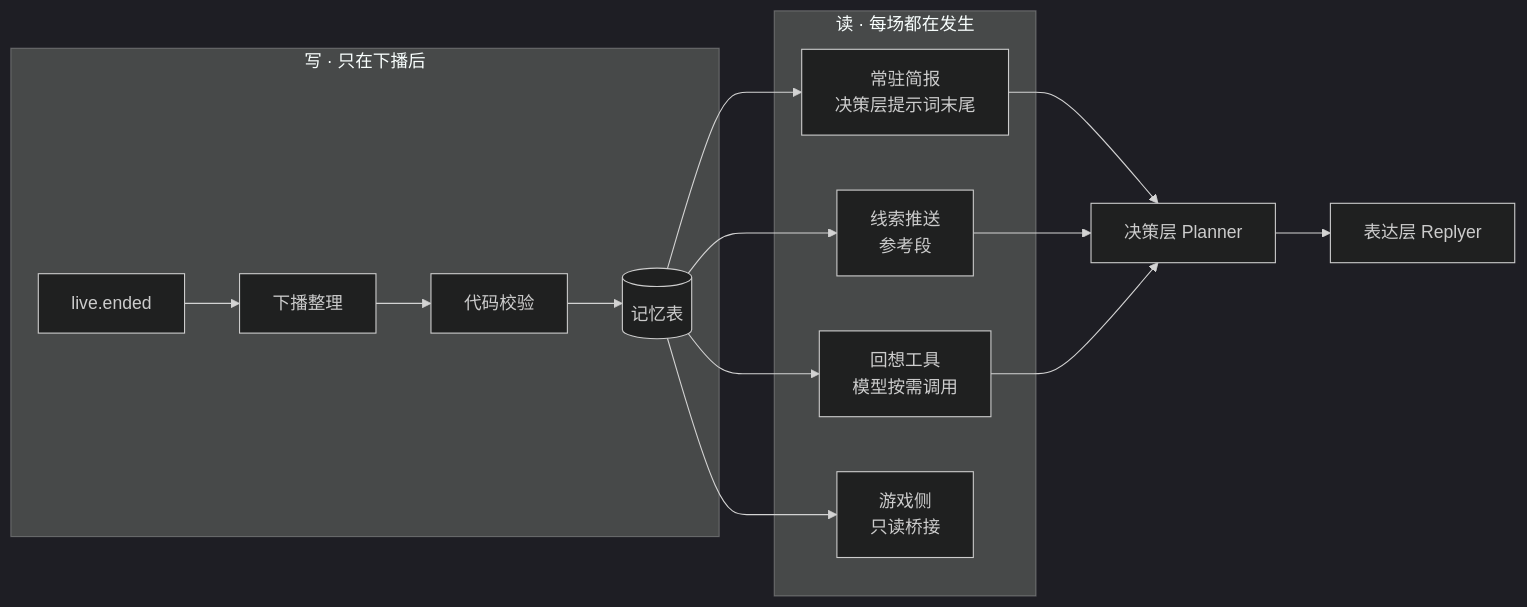
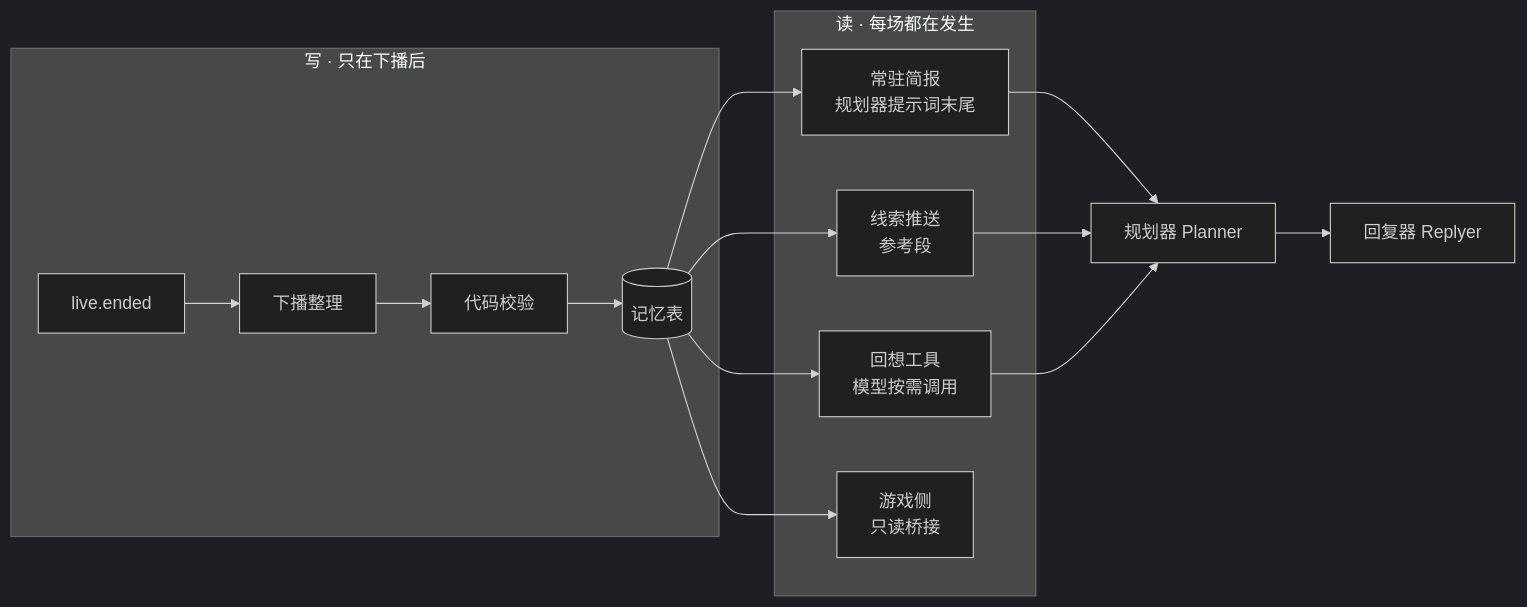
One commit to Mai-with-u/Amaidesu changed the first of 10 diagrams in docs/architecture/streamer-memory.md. Above: the diagram before and after it, drawn with Mermaid (dark theme). The commit also changed other lines of this file and 106 other files, not shown here.

````diff
--- a/docs/architecture/streamer-memory.md
+++ b/docs/architecture/streamer-memory.md
@@ -48,20 +48,20 @@
 ```mermaid
 flowchart LR
   subgraph 写["写 · 只在下播后"]
     LE["live.ended"] --> SE["下播整理"]
     SE --> VAL["代码校验"]
     VAL --> DB[("记忆表")]
   end
 
   subgraph 读["读 · 每场都在发生"]
-    DB --> B["常驻简报<br/>决策层提示词末尾"]
+    DB --> B["常驻简报<br/>规划器提示词末尾"]
     DB --> C["线索推送<br/>参考段"]
     DB --> M["回想工具<br/>模型按需调用"]
     DB --> G["游戏侧<br/>只读桥接"]
   end
 
-  B --> PL["决策层 Planner"]
+  B --> PL["规划器 Planner"]
   C --> PL
   M --> PL
-  PL --> RP["表达层 Replyer"]
+  PL --> RP["回复器 Replyer"]
 ```
````
